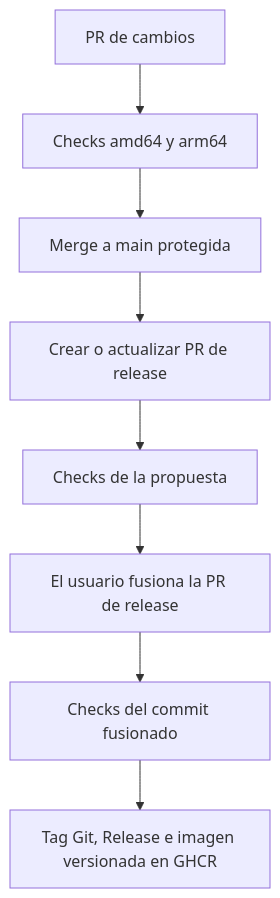
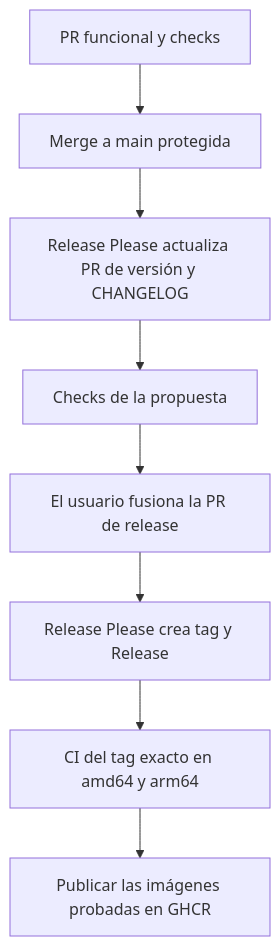
One commit to brunofelixns/mealie-mcp-server changed the diagram in docs/ci.md. Above: the diagram before and after it, drawn with Mermaid. The commit also changed other lines of this file and 20 other files, not shown here.

Commit message:
feat(ci): use official Release Please for release PRs

````diff
--- a/docs/ci.md
+++ b/docs/ci.md
@@ -23,10 +26,10 @@
 ```mermaid
 flowchart TD
-    A[PR de cambios] --> B[Checks amd64 y arm64]
-    B --> C[Merge a main protegida]
-    C --> D[Crear o actualizar PR de release]
-    D --> E[Checks de la propuesta]
-    E --> F[El usuario fusiona la PR de release]
-    F --> G[Checks del commit fusionado]
-    G --> H[Tag Git, Release e imagen versionada en GHCR]
+    A[PR funcional y checks] --> B[Merge a main protegida]
+    B --> C[Release Please actualiza PR de versión y CHANGELOG]
+    C --> D[Checks de la propuesta]
+    D --> E[El usuario fusiona la PR de release]
+    E --> F[Release Please crea tag y Release]
+    F --> G[CI del tag exacto en amd64 y arm64]
+    G --> H[Publicar las imágenes probadas en GHCR]
 ```
````
